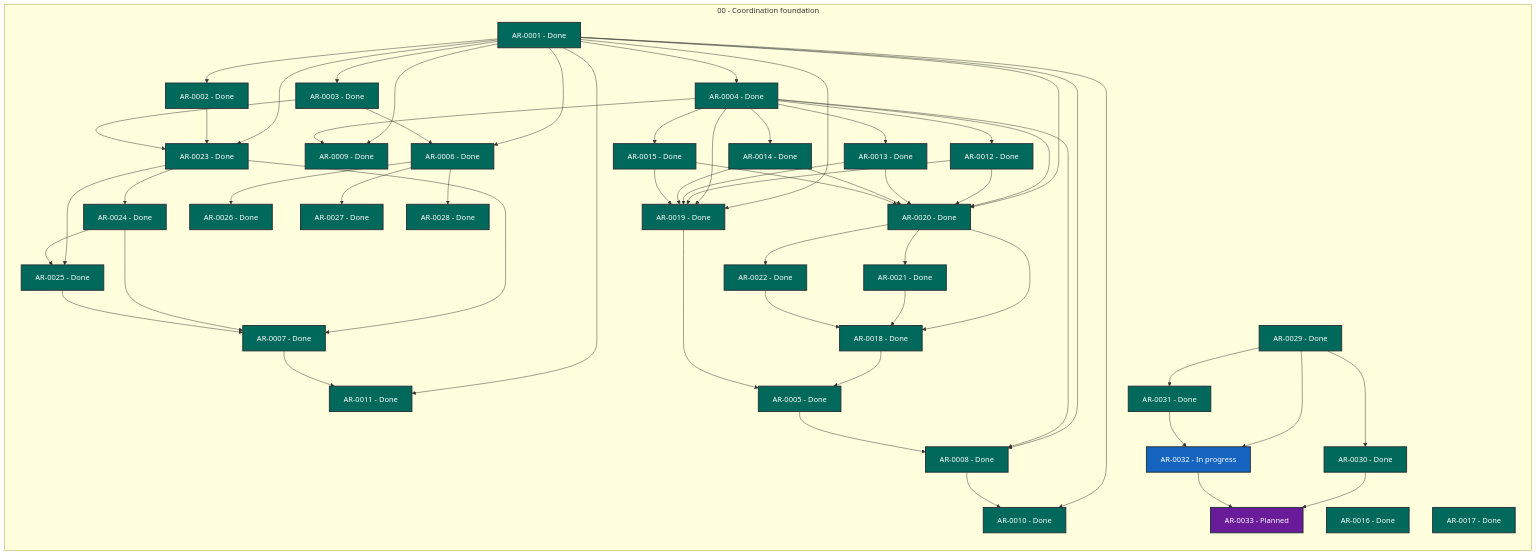
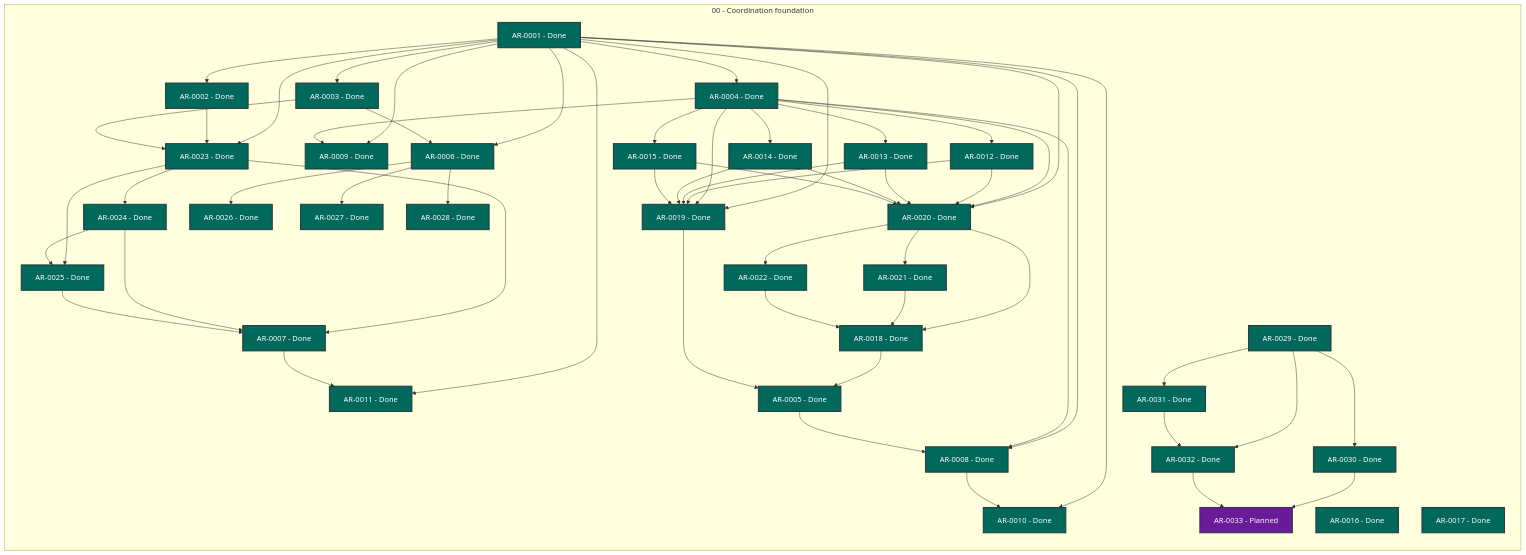
One commit to martin-beck/agent-workflow-quality-state changed the diagram in STATUS.md. Above: the diagram before and after it, drawn with Mermaid. The commit also changed other lines of this file and 2 other files, not shown here.

```diff
--- a/STATUS.md
+++ b/STATUS.md
@@ -59,7 +59,7 @@
         AR_0029["AR-0029 - Done"]:::status_done
         AR_0030["AR-0030 - Done"]:::status_done
         AR_0031["AR-0031 - Done"]:::status_done
-        AR_0032["AR-0032 - In progress"]:::status_in_progress
+        AR_0032["AR-0032 - Done"]:::status_done
         AR_0033["AR-0033 - Planned"]:::status_planned
     end
     AR_0001 --> AR_0002
```
